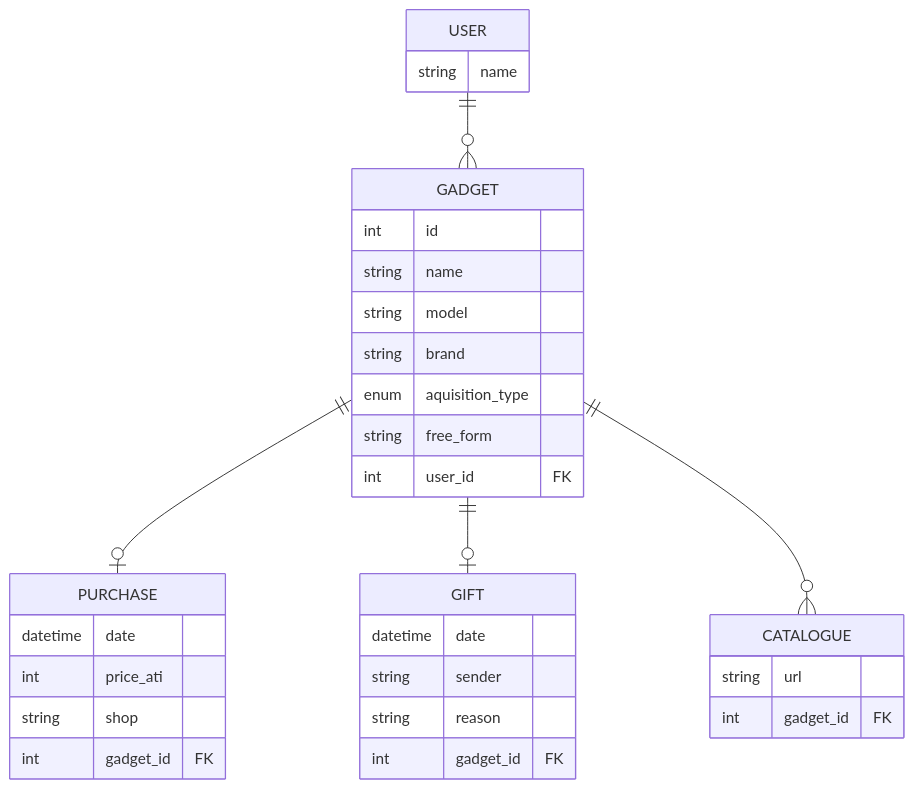
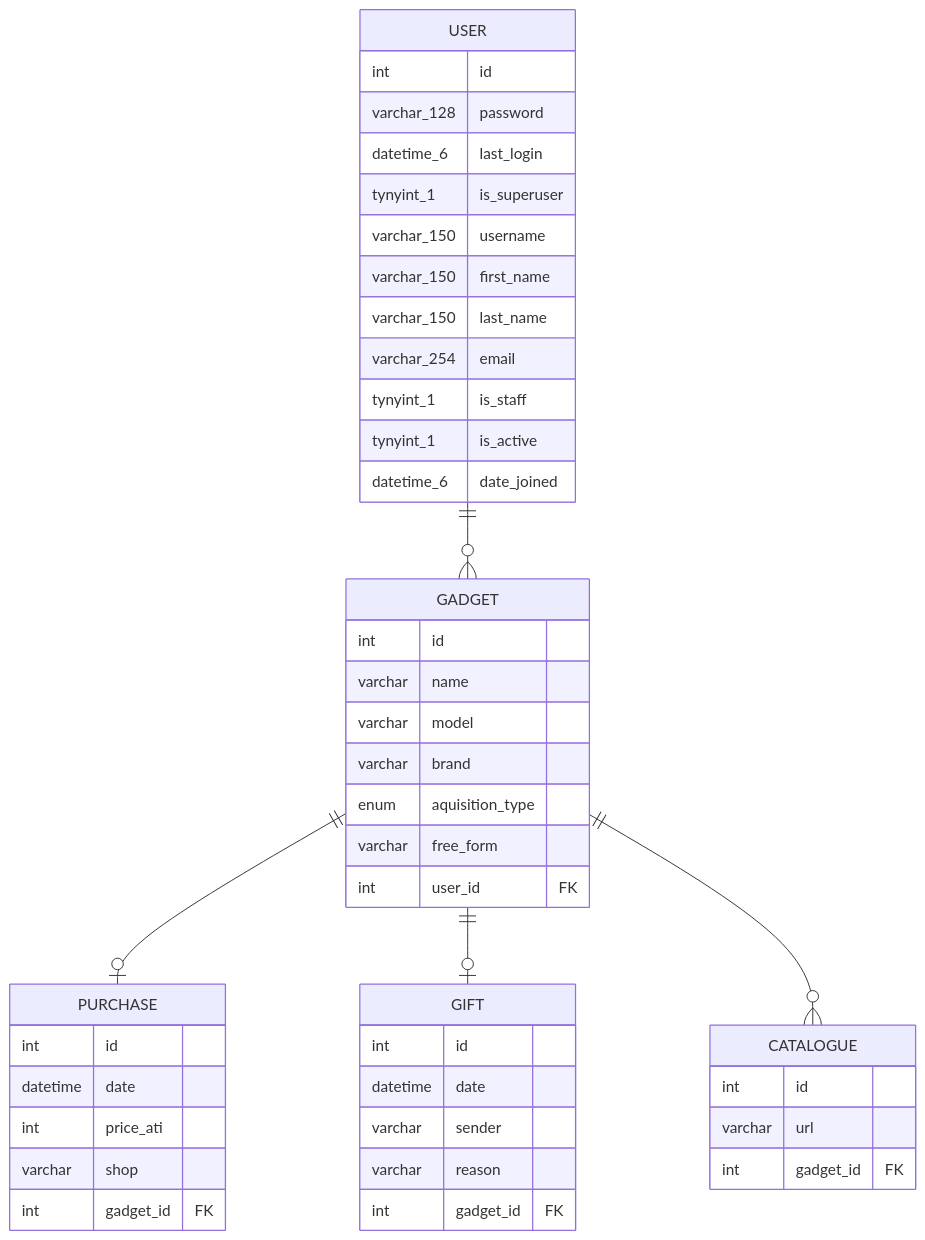
The diagram in docs/er_diagram.md (lynxlevin/gadget_collection), drawn with Mermaid before and after one commit. The commit also changed 4 other files, not shown here.

````diff
--- a/docs/er_diagram.md
+++ b/docs/er_diagram.md
@@ -1,36 +1,49 @@
 ```mermaid
 erDiagram
     USER ||--o{ GADGET : ""
     USER {
-        string name
+        int id
+        varchar_128 password
+        datetime_6 last_login
+        tynyint_1 is_superuser
+        varchar_150 username
+        varchar_150 first_name
+        varchar_150 last_name
+        varchar_254 email
+        tynyint_1 is_staff
+        tynyint_1 is_active
+        datetime_6 date_joined
     }
     GADGET ||--o| PURCHASE : ""
     GADGET ||--o| GIFT : ""
     GADGET ||--o{ CATALOGUE : ""
     GADGET {
         int id
-        string name
-        string model
-        string brand
+        varchar name
+        varchar model
+        varchar brand
         enum aquisition_type
-        string free_form
+        varchar free_form
         int user_id FK
     }
     PURCHASE {
+        int id
         datetime date
         int price_ati
-        string shop
+        varchar shop
         int gadget_id FK
     }
     GIFT {
+        int id
         datetime date
-        string sender
-        string reason
+        varchar sender
+        varchar reason
         int gadget_id FK
     }
     CATALOGUE {
-        string url
+        int id
+        varchar url
         int gadget_id FK
     }
 
 ```
````
